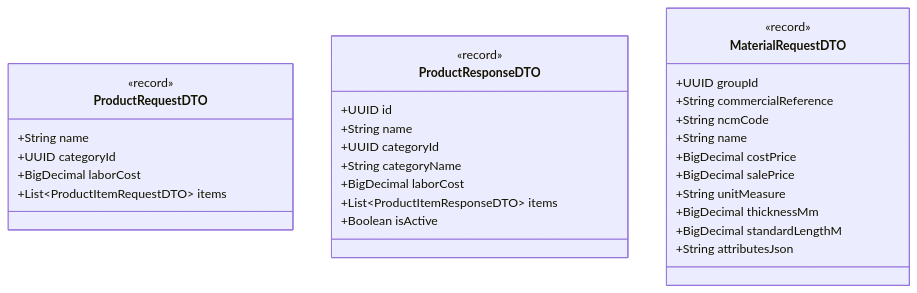
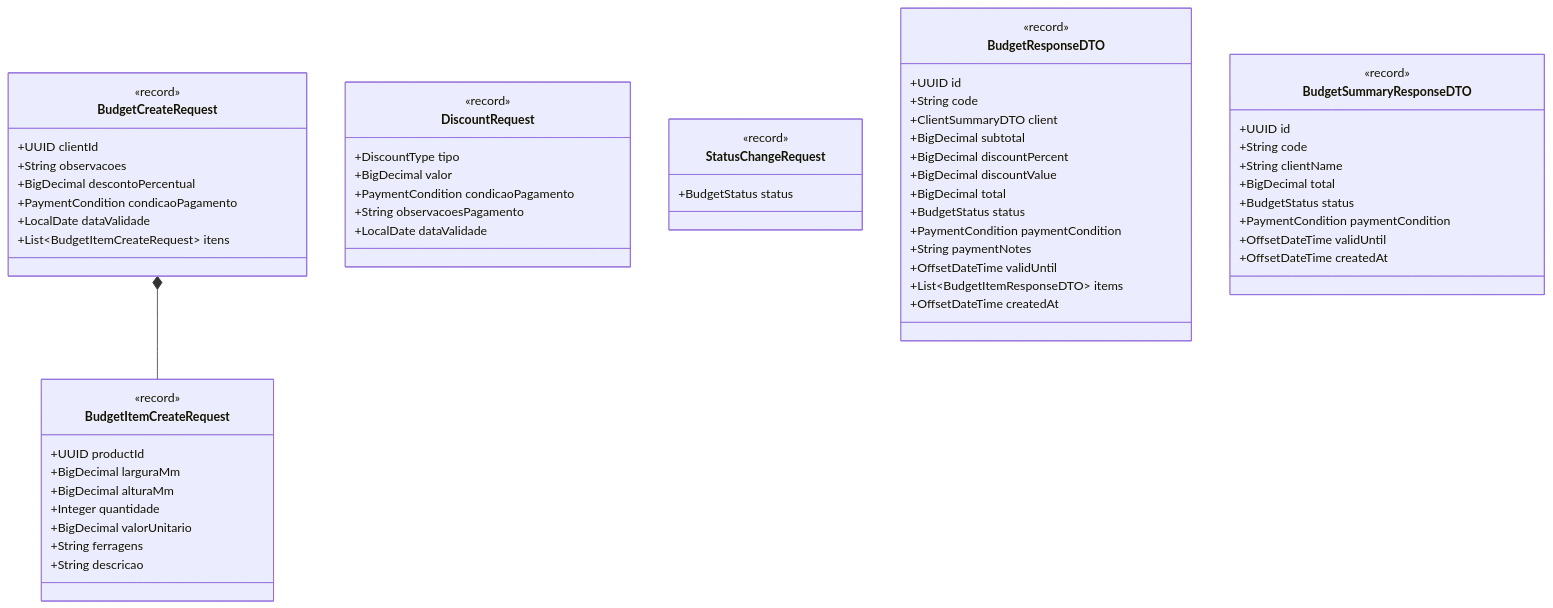
The fifth of 5 diagrams in docs/sistema/001-analise-projeto/DCC-Diagramas_de_Classes.md (ADS-IFPB-SR/alumigest), drawn with Mermaid before and after one commit. The commit also changed other lines of this file and 82 other files, not shown here.

````diff
--- a/docs/sistema/001-analise-projeto/DCC-Diagramas_de_Classes.md
+++ b/docs/sistema/001-analise-projeto/DCC-Diagramas_de_Classes.md
@@ -116,35 +382,68 @@
 ```mermaid
 classDiagram
-    class ProductRequestDTO {
+    class BudgetCreateRequest {
         <<record>>
-        +String name
-        +UUID categoryId
-        +BigDecimal laborCost
-        +List~ProductItemRequestDTO~ items
+        +UUID clientId
+        +String observacoes
+        +BigDecimal descontoPercentual
+        +PaymentCondition condicaoPagamento
+        +LocalDate dataValidade
+        +List~BudgetItemCreateRequest~ itens
     }
 
-    class ProductResponseDTO {
+    class BudgetItemCreateRequest {
+        <<record>>
+        +UUID productId
+        +BigDecimal larguraMm
+        +BigDecimal alturaMm
+        +Integer quantidade
+        +BigDecimal valorUnitario
+        +String ferragens
+        +String descricao
+    }
+
+    class DiscountRequest {
+        <<record>>
+        +DiscountType tipo
+        +BigDecimal valor
+        +PaymentCondition condicaoPagamento
+        +String observacoesPagamento
+        +LocalDate dataValidade
+    }
+
+    class StatusChangeRequest {
+        <<record>>
+        +BudgetStatus status
+    }
+
+    class BudgetResponseDTO {
         <<record>>
         +UUID id
-        +String name
-        +UUID categoryId
-        +String categoryName
-        +BigDecimal laborCost
-        +List~ProductItemResponseDTO~ items
-        +Boolean isActive
+        +String code
+        +ClientSummaryDTO client
+        +BigDecimal subtotal
+        +BigDecimal discountPercent
+        +BigDecimal discountValue
+        +BigDecimal total
+        +BudgetStatus status
+        +PaymentCondition paymentCondition
+        +String paymentNotes
+        +OffsetDateTime validUntil
+        +List~BudgetItemResponseDTO~ items
+        +OffsetDateTime createdAt
     }
 
-    class MaterialRequestDTO {
+    class BudgetSummaryResponseDTO {
         <<record>>
-        +UUID groupId
-        +String commercialReference
-        +String ncmCode
-        +String name
-        +BigDecimal costPrice
-        +BigDecimal salePrice
-        +String unitMeasure
-        +BigDecimal thicknessMm
-        +BigDecimal standardLengthM
-        +String attributesJson
+        +UUID id
+        +String code
+        +String clientName
+        +BigDecimal total
+        +BudgetStatus status
+        +PaymentCondition paymentCondition
+        +OffsetDateTime validUntil
+        +OffsetDateTime createdAt
     }
+
+    BudgetCreateRequest *-- BudgetItemCreateRequest
 ```
````
